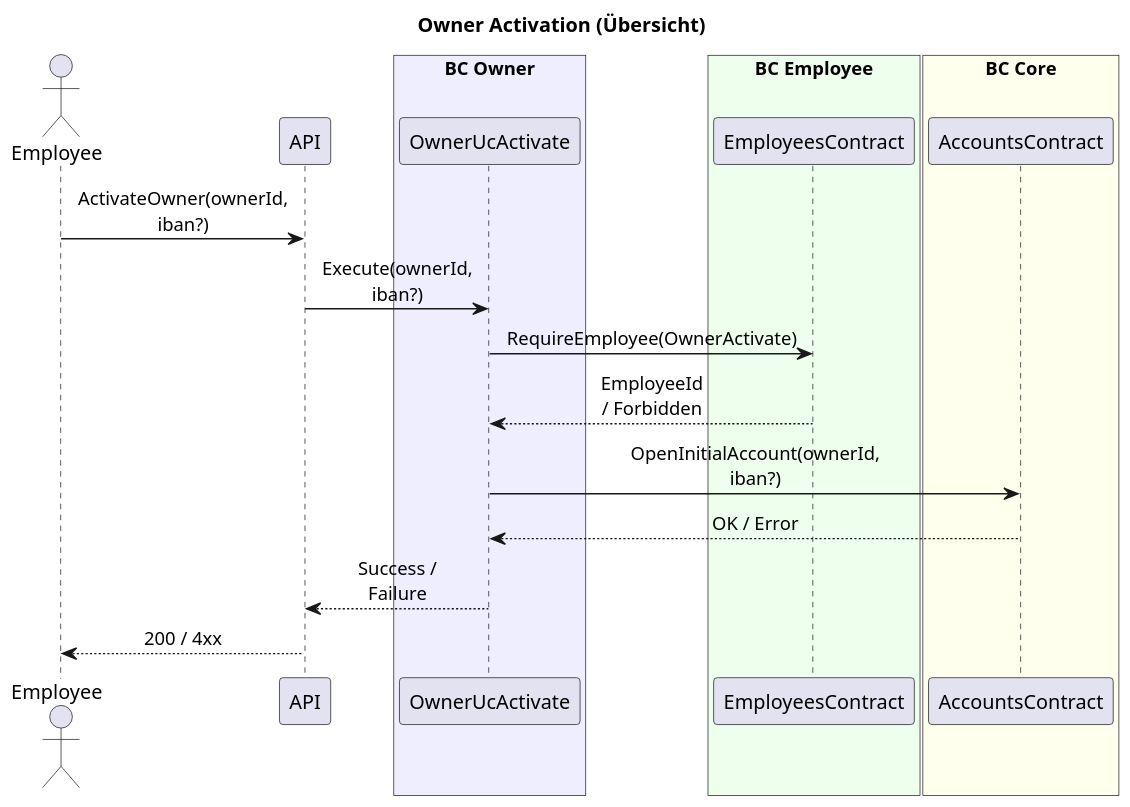
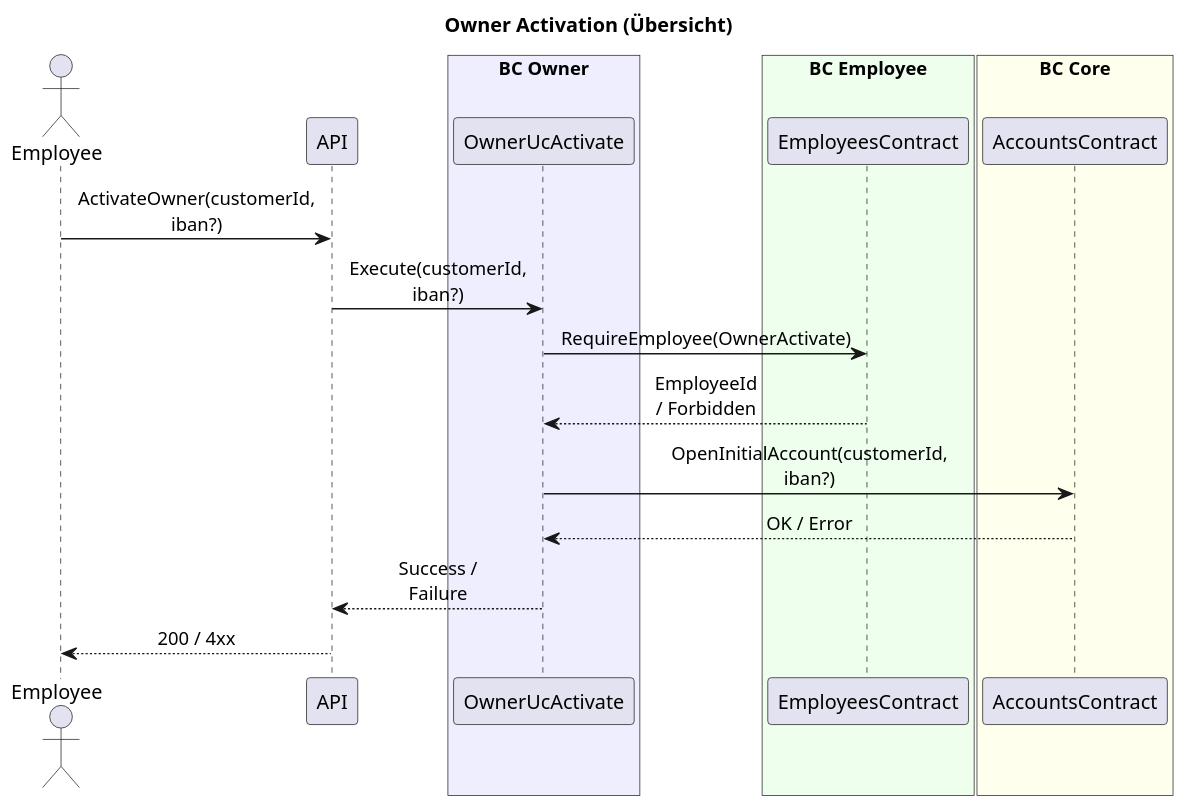
The diagram in BankingApi/1UML/Owner_UC_Activate/Activate_01_Uebersicht.puml (berndRog/Banking26DDD), drawn with PlantUML before and after one commit. The commit also changed 142 other files, not shown here.

```diff
--- a/BankingApi/1UML/Owner_UC_Activate/Activate_01_Uebersicht.puml
+++ b/BankingApi/1UML/Owner_UC_Activate/Activate_01_Uebersicht.puml
@@ -1,31 +1,31 @@
 @startuml
 scale 1.3
 skinparam shadowing false
 skinparam sequenceMessageAlign center
 skinparam maxMessageSize 80
 title Owner Activation (Übersicht)
 
 actor "Employee" as E
 participant "API" as API
 box "BC Owner" #EEF
 participant "OwnerUcActivate" as U
 end box
 box "BC Employee" #EFE
 participant "EmployeesContract" as EA
 end box
 box "BC Core" #FFE
 participant "AccountsContract" as AC
 end box
 
-E -> API : ActivateOwner(ownerId, iban?)
-API -> U : Execute(ownerId, iban?)
+E -> API : ActivateOwner(customerId, iban?)
+API -> U : Execute(customerId, iban?)
 
 U -> EA : RequireEmployee(OwnerActivate)
 EA --> U : EmployeeId / Forbidden
 
-U -> AC : OpenInitialAccount(ownerId, iban?)
+U -> AC : OpenInitialAccount(customerId, iban?)
 AC --> U : OK / Error
 
 U --> API : Success / Failure
 API --> E : 200 / 4xx
 @enduml
```
